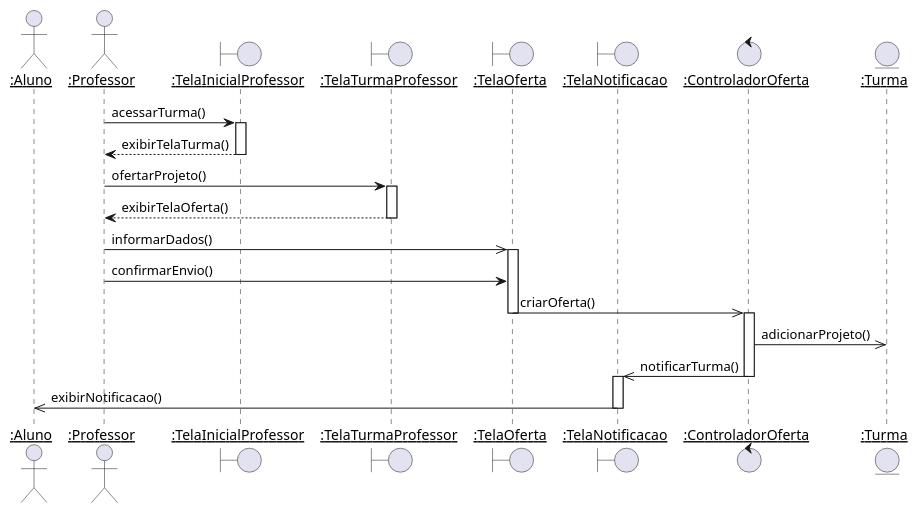
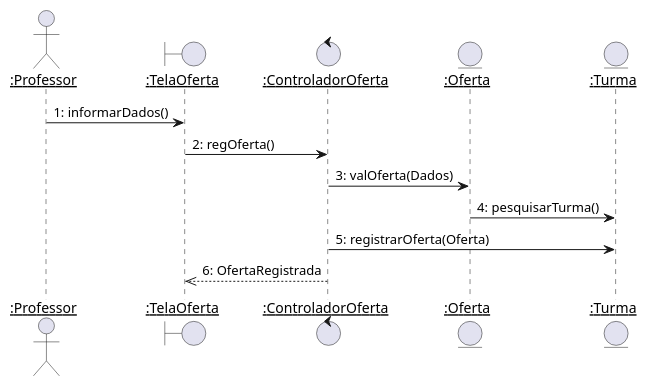
Before and after one commit to Pedro-V/projetorium: the diagram in diagramas/sequencia/ofertar_projeto.puml, drawn with PlantUML.

```diff
--- a/diagramas/sequencia/ofertar_projeto.puml
+++ b/diagramas/sequencia/ofertar_projeto.puml
@@ -1,24 +1,17 @@
-@startuml
+@startuml oferta
 skinparam sequenceParticipant underline
 
-actor ":Aluno" as Aluno
 actor ":Professor" as Professor
-boundary ":TelaInicialProfessor" as TelaInicialProfessor
-boundary ":TelaTurmaProfessor" as TelaTurmaProfessor
 boundary ":TelaOferta" as TelaOferta
-boundary ":TelaNotificacao" as TelaNotificacao
 control ":ControladorOferta" as ControladorOferta
+entity ":Oferta" as Oferta
 entity ":Turma" as Turma
 
-Professor -> TelaInicialProfessor ++: acessarTurma()
-TelaInicialProfessor --> Professor --: exibirTelaTurma()
-Professor -> TelaTurmaProfessor ++: ofertarProjeto()
-TelaTurmaProfessor --> Professor --: exibirTelaOferta()
+Professor -> TelaOferta :1: informarDados()
+TelaOferta -> ControladorOferta :2: regOferta()
+ControladorOferta -> Oferta :3: valOferta(Dados)
+Oferta -> Turma :4: pesquisarTurma()
+ControladorOferta -> Turma :5: registrarOferta(Oferta)
 
-Professor ->> TelaOferta ++: informarDados()
-Professor -> TelaOferta : confirmarEnvio()
-TelaOferta ->> ControladorOferta --++: criarOferta()
-ControladorOferta ->> Turma : adicionarProjeto()
-ControladorOferta ->> TelaNotificacao --++: notificarTurma()
-TelaNotificacao ->> Aluno --: exibirNotificacao()
+ControladorOferta -->> TelaOferta --:6: OfertaRegistrada
 @enduml
```
